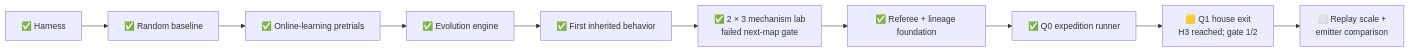
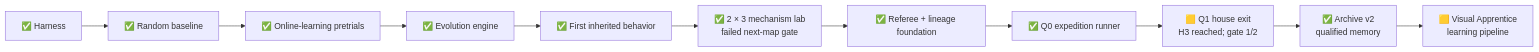
Before and after one commit to PeteAndrews1289/pokemon-red-ai: the first of 2 diagrams in docs/index.md, drawn with Mermaid. The commit also changed other lines of this file and 12 other files, not shown here.

````diff
--- a/docs/index.md
+++ b/docs/index.md
@@ -48,12 +50,13 @@
 ```mermaid
 flowchart LR
     A["✅ Harness"] --> B["✅ Random baseline"]
     B --> C["✅ Online-learning pretrials"]
     C --> D["✅ Evolution engine"]
     D --> E["✅ First inherited behavior"]
     E --> L["✅ 2 × 3 mechanism lab<br/>failed next-map gate"]
     L --> F["✅ Referee + lineage foundation"]
     F --> G["✅ Q0 expedition runner"]
     G --> H["🟨 Q1 house exit<br/>H3 reached; gate 1/2"]
-    H --> I["⬜ Replay scale +<br/>emitter comparison"]
+    H --> I["✅ Archive v2<br/>qualified memory"]
+    I --> J["🟨 Visual Apprentice<br/>learning pipeline"]
 ```
````
